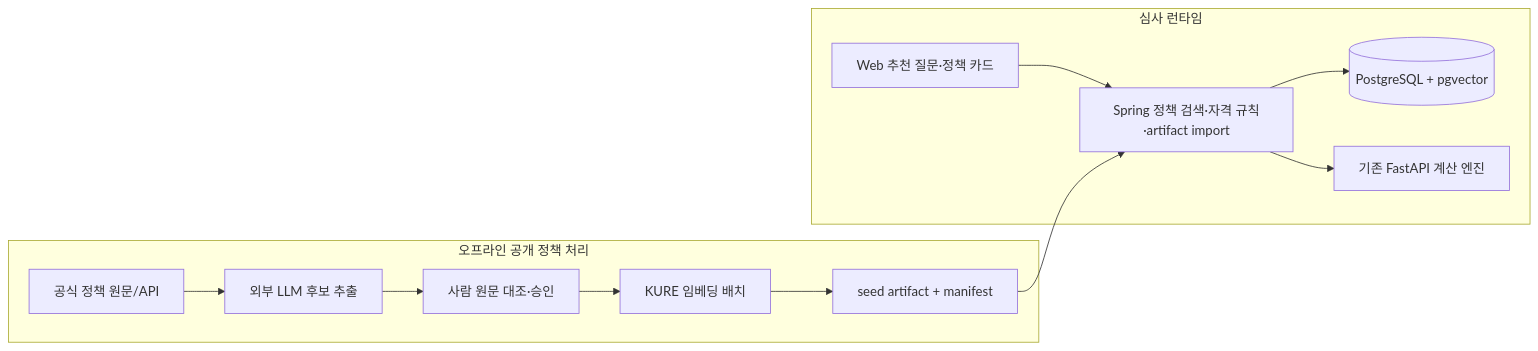
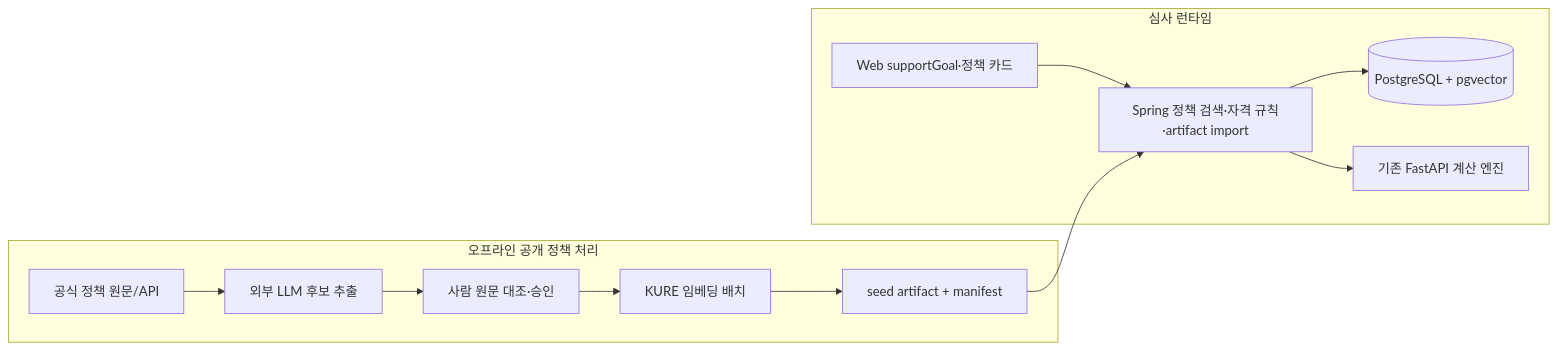
The diagram in docs/기획서.md (seoung-mun/odyssey-finance-ai), drawn with Mermaid before and after one commit. The commit also changed other lines of this file and 5 other files, not shown here.

````diff
--- a/docs/기획서.md
+++ b/docs/기획서.md
@@ -201,17 +213,17 @@
 ```mermaid
 flowchart LR
   subgraph OFFLINE[오프라인 공개 정책 처리]
     SRC[공식 정책 원문/API] --> LLM[외부 LLM 후보 추출]
     LLM --> REVIEW[사람 원문 대조·승인]
     REVIEW --> KURE[KURE 임베딩 배치]
     KURE --> ARTIFACT[seed artifact + manifest]
   end
 
   subgraph RUNTIME[심사 런타임]
-    WEB[Web 추천 질문·정책 카드] --> CORE[Spring 정책 검색·자격 규칙·artifact import]
+    WEB[Web supportGoal·정책 카드] --> CORE[Spring 정책 검색·자격 규칙·artifact import]
     CORE --> DB[(PostgreSQL + pgvector)]
     CORE --> CALC[기존 FastAPI 계산 엔진]
   end
 
   ARTIFACT --> CORE
 ```
````
